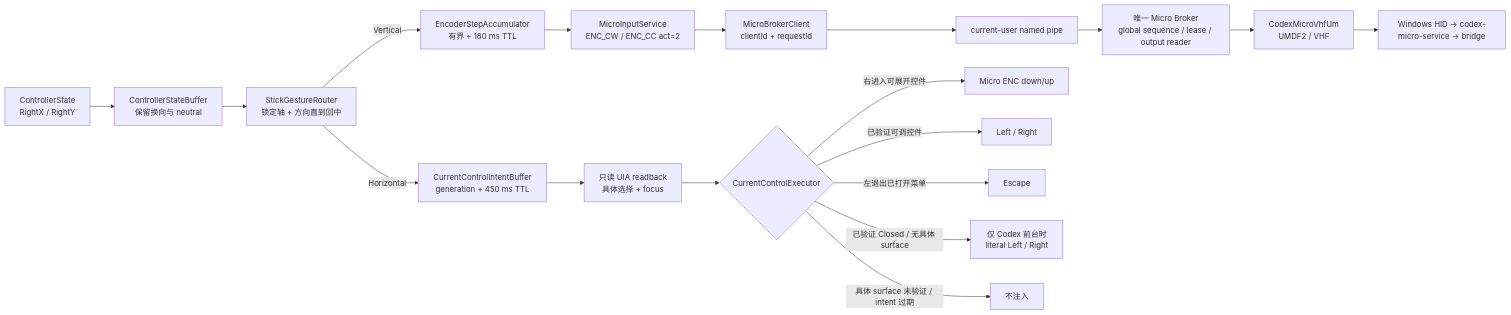
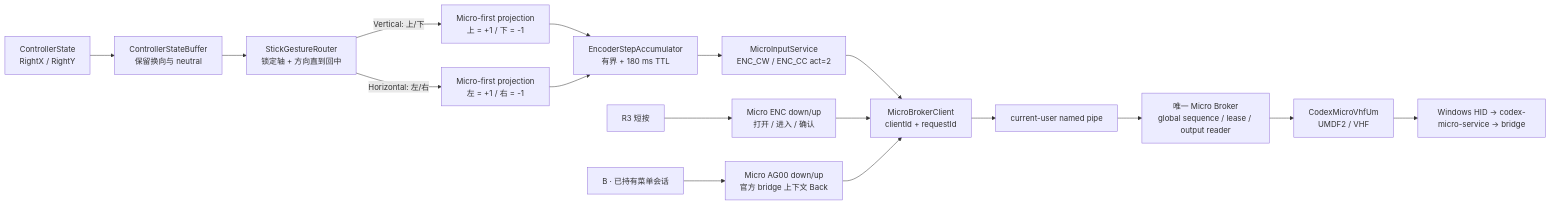
The third of 4 diagrams in todo/91-controller-input-known-issues.md (gantrol/AgentController), drawn with Mermaid before and after one commit. The commit also changed other lines of this file and 18 other files, not shown here.

````diff
--- a/todo/91-controller-input-known-issues.md
+++ b/todo/91-controller-input-known-issues.md
@@ -156,22 +157,19 @@
 ```mermaid
 flowchart LR
     State["ControllerState<br/>RightX / RightY"] --> Buffer["ControllerStateBuffer<br/>保留换向与 neutral"]
     Buffer --> Router["StickGestureRouter<br/>锁定轴 + 方向直到回中"]
 
-    Router -->|"Vertical"| Encoder["EncoderStepAccumulator<br/>有界 + 180 ms TTL"]
+    Router -->|"Vertical: 上/下"| Projection["Micro-first projection<br/>上 = +1 / 下 = -1"]
+    Router -->|"Horizontal: 左/右"| Projection2["Micro-first projection<br/>左 = +1 / 右 = -1"]
+    Projection --> Encoder["EncoderStepAccumulator<br/>有界 + 180 ms TTL"]
+    Projection2 --> Encoder
     Encoder --> Micro["MicroInputService<br/>ENC_CW / ENC_CC act=2"]
     Micro --> Client["MicroBrokerClient<br/>clientId + requestId"]
     Client --> Pipe["current-user named pipe"]
     Pipe --> Broker["唯一 Micro Broker<br/>global sequence / lease / output reader"]
     Broker --> Driver["CodexMicroVhfUm<br/>UMDF2 / VHF"]
     Driver --> Codex["Windows HID → codex-micro-service → bridge"]
 
-    Router -->|"Horizontal"| Intent["CurrentControlIntentBuffer<br/>generation + 450 ms TTL"]
-    Intent --> Readback["只读 UIA readback<br/>具体选择 + focus"]
-    Readback --> Executor{"CurrentControlExecutor"}
-    Executor -->|"右进入可展开控件"| MicroPress["Micro ENC down/up"]
-    Executor -->|"已验证可调控件"| Native["Left / Right"]
-    Executor -->|"左退出已打开菜单"| Escape["Escape"]
-    Executor -->|"已验证 Closed / 无具体 surface"| ClosedNative["仅 Codex 前台时<br/>literal Left / Right"]
-    Executor -->|"具体 surface 未验证 / intent 过期"| Drop["不注入"]
+    R3["R3 短按"] --> MicroPress["Micro ENC down/up<br/>打开 / 进入 / 确认"] --> Client
+    B["B · 已持有菜单会话"] --> AgentBack["Micro AG00 down/up<br/>官方 bridge 上下文 Back"] --> Client
 ```
````
